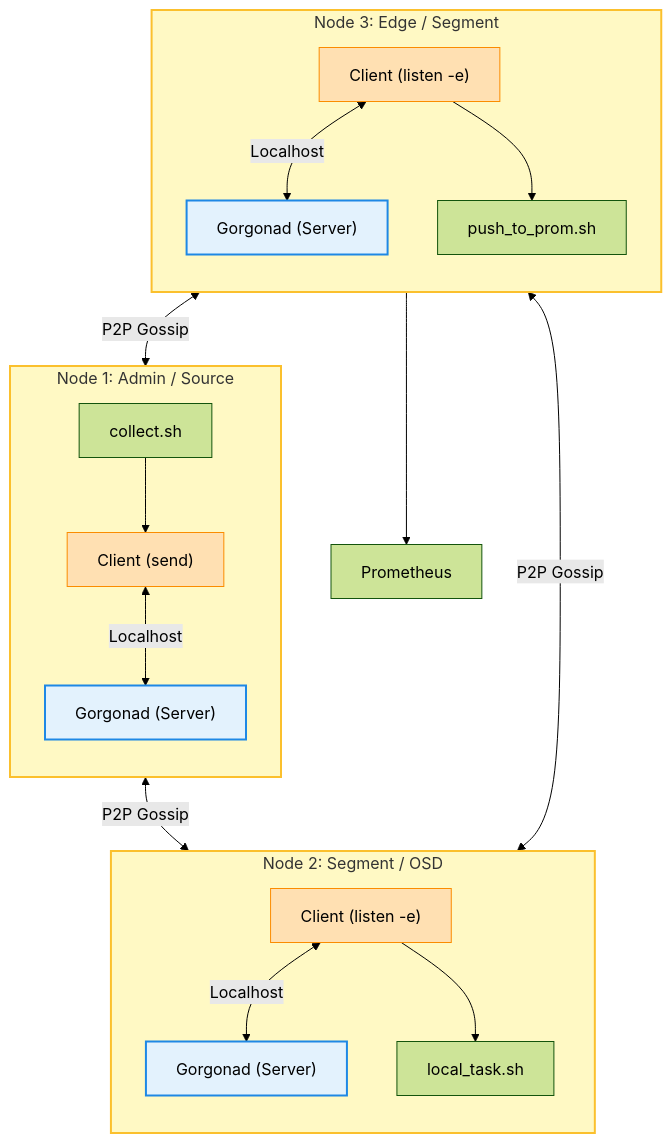
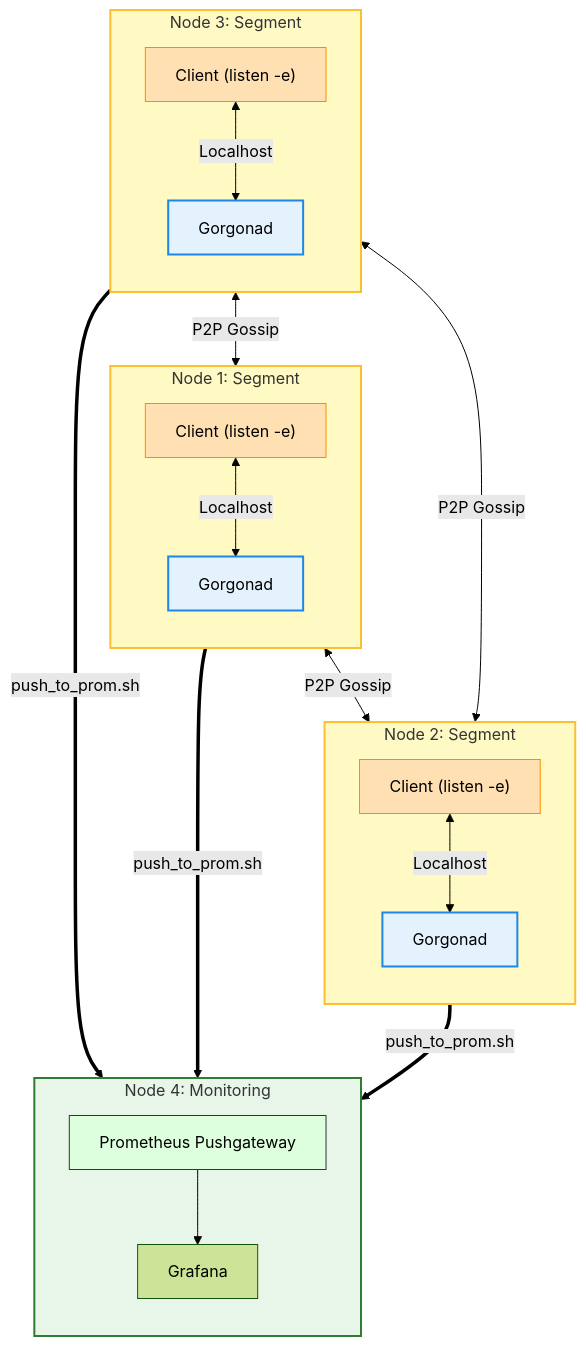
Before and after one commit to psqlmaster/gorgona: the diagram in plugins/prom_push/readme.md, drawn with Mermaid (forest theme).

Commit message:
docs(prom_push): add redundant paths to architecture diagram to highlight P2P resilience

````diff
--- a/plugins/prom_push/readme.md
+++ b/plugins/prom_push/readme.md
@@ -38,44 +38,51 @@
 ```mermaid
 graph TD
-    %% Node 1 (Source/Admin role)
-    subgraph Node_1 ["Node 1: Admin / Source"]
+    %% Segment Nodes
+    subgraph S1 ["Node 1: Segment"]
         direction TB
-        A_Coll["collect.sh"] --> A_Cli["Client (send)"]
-        A_Cli <-->|Localhost| A_Srv["Gorgonad (Server)"]
+        C1["Client (listen -e)"] <-->|Localhost| D1["Gorgonad"]
     end
 
-    %% Node 2 (Relay/Segment role)
-    subgraph Node_2 ["Node 2: Segment / OSD"]
+    subgraph S2 ["Node 2: Segment"]
         direction TB
-        B_Cli["Client (listen -e)"] <-->|Localhost| B_Srv["Gorgonad (Server)"]
-        B_Cli --> B_Exec["local_task.sh"]
+        C2["Client (listen -e)"] <-->|Localhost| D2["Gorgonad"]
     end
 
-    %% Node 3 (Gateway/Segment role)
-    subgraph Node_3 ["Node 3: Edge / Segment"]
+    subgraph S3 ["Node 3: Segment"]
         direction TB
-        C_Cli["Client (listen -e)"] <-->|Localhost| C_Srv["Gorgonad (Server)"]
-        C_Cli --> C_Push["push_to_prom.sh"]
+        C3["Client (listen -e)"] <-->|Localhost| D3["Gorgonad"]
     end
 
-    %% P2P Mesh (Gorgonad to Gorgonad only)
-    A_Srv <-->|P2P Gossip| B_Srv
-    B_Srv <-->|P2P Gossip| C_Srv
-    C_Srv <-->|P2P Gossip| A_Srv
+    %% Prometheus Node
+    subgraph PROM ["Node 4: Monitoring"]
+        direction TB
+        GW["Prometheus Pushgateway"]
+        Grafana["Grafana"]
+        GW --> Grafana
+    end
 
-    %% External Output
-    C_Push --> Prom["Prometheus"]
+    %% P2P Mesh (Full Triangle)
+    D1 <-->|P2P Gossip| D2
+    D2 <-->|P2P Gossip| D3
+    D3 <-->|P2P Gossip| D1
 
-    %% Styling Nodes (Yellow Blocks)
-    style Node_1 fill:#fff9c4,stroke:#fbc02d,stroke-width:2px
-    style Node_2 fill:#fff9c4,stroke:#fbc02d,stroke-width:2px
-    style Node_3 fill:#fff9c4,stroke:#fbc02d,stroke-width:2px
+    %% Telemetry Push Flow (All segments to Node 4)
+    C1 ==>|push_to_prom.sh| GW
+    C2 ==>|push_to_prom.sh| GW
+    C3 ==>|push_to_prom.sh| GW
+
+    %% Styling Nodes (Yellow for Segments, Green for Monitoring)
+    style S1 fill:#fff9c4,stroke:#fbc02d,stroke-width:2px
+    style S2 fill:#fff9c4,stroke:#fbc02d,stroke-width:2px
+    style S3 fill:#fff9c4,stroke:#fbc02d,stroke-width:2px
+    style PROM fill:#e8f5e9,stroke:#2e7d32,stroke-width:2px
 
     %% Styling Components
-    style A_Cli fill:#ffe0b2,stroke:#fb8c00
-    style B_Cli fill:#ffe0b2,stroke:#fb8c00
-    style C_Cli fill:#ffe0b2,stroke:#fb8c00
-    style A_Srv fill:#e3f2fd,stroke:#1e88e5,stroke-width:2px
-    style B_Srv fill:#e3f2fd,stroke:#1e88e5,stroke-width:2px
-    style C_Srv fill:#e3f2fd,stroke:#1e88e5,stroke-width:2px
+    style C1 fill:#ffe0b2,stroke:#fb8c00
+    style C2 fill:#ffe0b2,stroke:#fb8c00
+    style C3 fill:#ffe0b2,stroke:#fb8c00
+    style D1 fill:#e3f2fd,stroke:#1e88e5,stroke-width:2px
+    style D2 fill:#e3f2fd,stroke:#1e88e5,stroke-width:2px
+    style D3 fill:#e3f2fd,stroke:#1e88e5,stroke-width:2px
+    style GW fill:#dfd,stroke:#333
 ```
````
